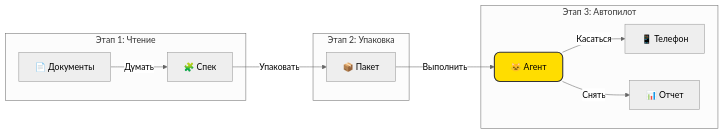
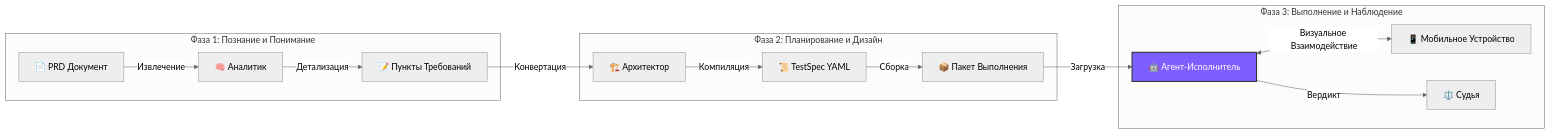
Before and after one commit to Yell0wMe/TesterAgent: the diagram in README.ru.md, drawn with Mermaid (neutral theme). The commit also changed other lines of this file and 13 other files, not shown here.

````diff
--- a/README.ru.md
+++ b/README.ru.md
@@ -67,18 +63,21 @@
 ```mermaid
 graph LR
-    subgraph "Этап 1: Чтение"
-    Doc[📄 Документы] -->|Думать| Build[🧩 Спек]
+    subgraph "Фаза 1: Познание и Понимание"
+    Doc[📄 PRD Документ] -->|Извлечение| Miner[🧠 Аналитик]
+    Miner -->|Детализация| Reqs[📝 Пункты Требований]
     end
 
-    subgraph "Этап 2: Упаковка"
-    Build -->|Упаковать| Bundle[📦 Пакет]
+    subgraph "Фаза 2: Планирование и Дизайн"
+    Reqs -->|Конвертация| Synthesizer[🏗️ Архитектор]
+    Synthesizer -->|Компиляция| Spec[📜 TestSpec YAML]
+    Spec -->|Сборка| Bundle[📦 Пакет Выполнения]
     end
 
-    subgraph "Этап 3: Автопилот"
-    Bundle -->|Выполнить| Cat[🐱 Агент]
-    Cat -->|Касаться| Phone[📱 Телефон]
-    Cat -->|Снять| Report[📊 Отчет]
+    subgraph "Фаза 3: Выполнение и Наблюдение"
+    Bundle -->|Загрузка| Runner[🤖 Агент-Исполнитель]
+    Runner <-->|Визуальное Взаимодействие| Phone[📱 Мобильное Устройство]
+    Runner -->|Вердикт| Judge[⚖️ Судья]
     end
 
-    style Cat fill:#ffdd00,stroke:#333,stroke-width:2px,rx:10,ry:10
+    style Runner fill:#7d5fff,stroke:#333,stroke-width:2px,color:white
 ```
````
